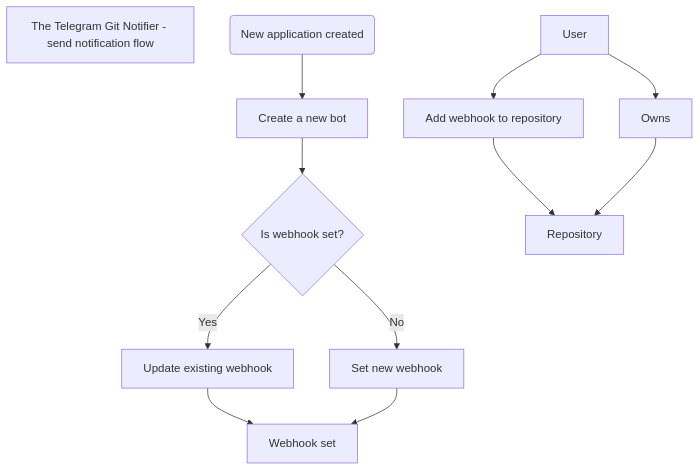
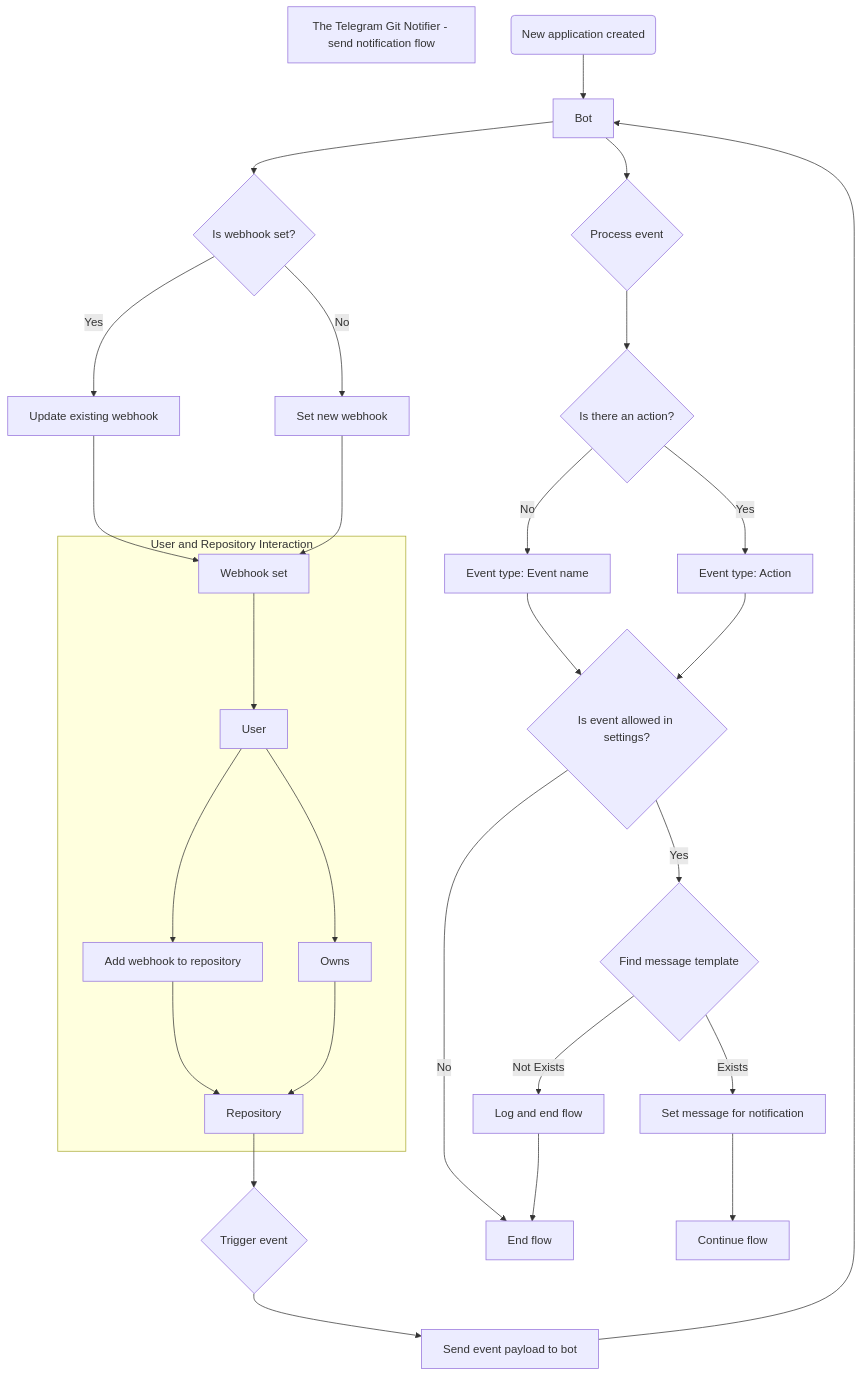
Before and after one commit to cslant/laravel-telegram-git-notifier: the second of 2 diagrams in docs/single/send-notification-flow.md, drawn with Mermaid. The commit also changed other lines of this file, not shown here.

Commit message:
docs: update flowchart for the send notification flow

````diff
--- a/docs/single/send-notification-flow.md
+++ b/docs/single/send-notification-flow.md
@@ -101,17 +103,37 @@
 ```mermaid
 flowchart TD
     title[The Telegram Git Notifier - send notification flow]
 
     application(New application created)
-    application-->bot[Create a new bot]
+    application-->bot[Bot created]
+    bot[Bot]
     bot-->webhookCheck{Is webhook set?}
     webhookCheck-->|No|setNewWebhook[Set new webhook]
     webhookCheck-->|Yes|updateWebhook[Update existing webhook]
     updateWebhook-->webhook[Webhook updated]
     setNewWebhook-->webhook[Webhook set]
-    user[User]
-    user-->addWebhookToRepo[Add webhook to repository]
-    addWebhookToRepo-->repository[Repository]
-    user-->ownsRepo[Owns]
-    ownsRepo-->repository
+
+    subgraph "User and Repository Interaction"
+        webhook-->user[User]
+        user-->addWebhookToRepo[Add webhook to repository]
+        addWebhookToRepo-->repository[Repository]
+        user-->ownsRepo[Owns]
+        ownsRepo-->repository
+    end
+
+    repository-->triggerEvent{Trigger event}
+    triggerEvent-->sendPayload[Send event payload to bot]
+    sendPayload-->bot
+    bot-->processEvent{Process event}
+    processEvent-->checkAction{Is there an action?}
+    checkAction-->|Yes|actionMessage[Event type: Action]
+    checkAction-->|No|eventNameMessage[Event type: Event name]
+    eventNameMessage-->checkSettings{Is event allowed in settings?}
+    actionMessage-->checkSettings
+    checkSettings-->|Yes|findTemplate{Find message template}
+    checkSettings-->|No|endFlow[End flow]
+    findTemplate-->|Exists|setMessage[Set message for notification]
+    findTemplate-->|Not Exists|logAndEndFlow[Log and end flow]
+    setMessage-->continueFlow[Continue flow]
+    logAndEndFlow-->endFlow
 ```
````
